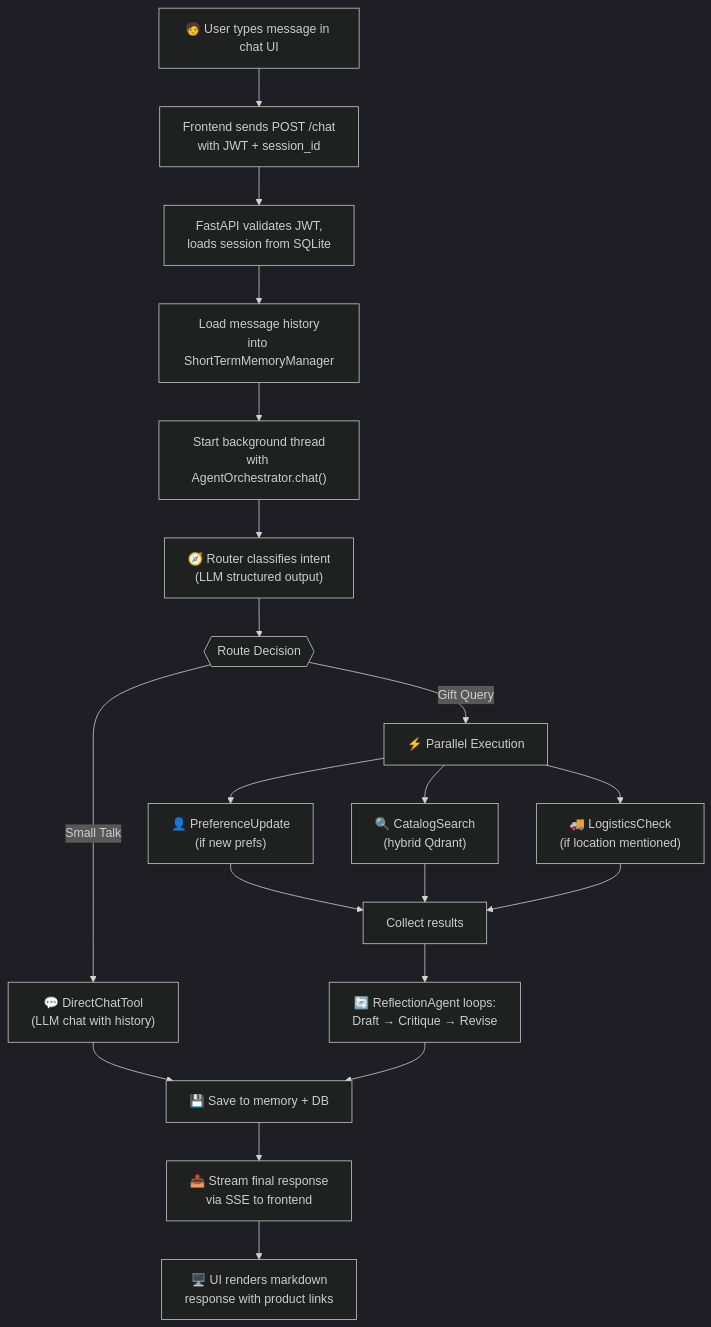
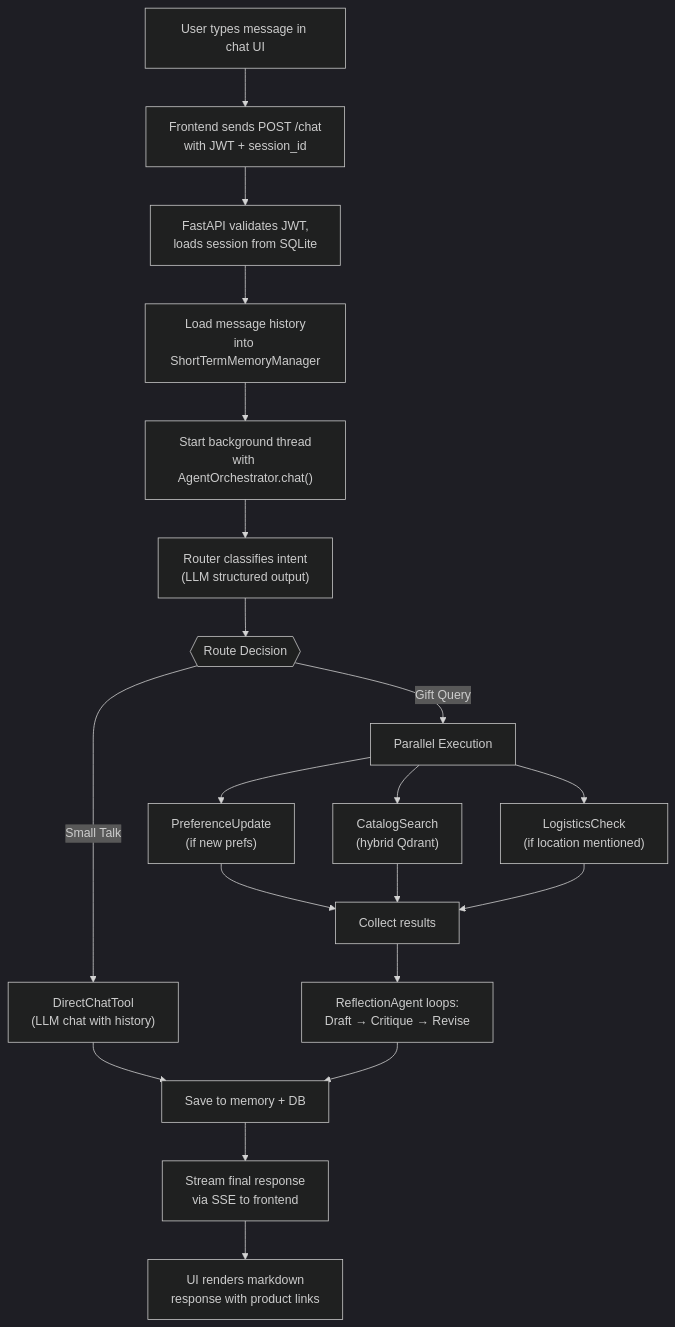
One commit to AsinduDeSilva/kapruka-gift-concierge changed the tenth of 11 diagrams in ARCHITECTURE.md. Above: the diagram before and after it, drawn with Mermaid (dark theme). The commit also changed other lines of this file and 3 other files, not shown here.

````diff
--- a/ARCHITECTURE.md
+++ b/ARCHITECTURE.md
@@ -479,28 +479,28 @@
 ```mermaid
 flowchart TD
-    A["🧑 User types message in chat UI"] --> B["Frontend sends POST /chat<br/>with JWT + session_id"]
+    A["User types message in chat UI"] --> B["Frontend sends POST /chat<br/>with JWT + session_id"]
     B --> C["FastAPI validates JWT,<br/>loads session from SQLite"]
     C --> D["Load message history<br/>into ShortTermMemoryManager"]
     D --> E["Start background thread<br/>with AgentOrchestrator.chat()"]
-    E --> F["🧭 Router classifies intent<br/>(LLM structured output)"]
+    E --> F["Router classifies intent<br/>(LLM structured output)"]
     F --> G{{"Route Decision"}}
     
-    G -->|"Small Talk"| H["💬 DirectChatTool<br/>(LLM chat with history)"]
-    G -->|"Gift Query"| I["⚡ Parallel Execution"]
+    G -->|"Small Talk"| H["DirectChatTool<br/>(LLM chat with history)"]
+    G -->|"Gift Query"| I["Parallel Execution"]
     
-    I --> I1["👤 PreferenceUpdate<br/>(if new prefs)"]
-    I --> I2["🔍 CatalogSearch<br/>(hybrid Qdrant)"]
-    I --> I3["🚚 LogisticsCheck<br/>(if location mentioned)"]
+    I --> I1["PreferenceUpdate<br/>(if new prefs)"]
+    I --> I2["CatalogSearch<br/>(hybrid Qdrant)"]
+    I --> I3["LogisticsCheck<br/>(if location mentioned)"]
     
     I1 --> J["Collect results"]
     I2 --> J
     I3 --> J
     
-    J --> K["🔄 ReflectionAgent loops:<br/>Draft → Critique → Revise"]
+    J --> K["ReflectionAgent loops:<br/>Draft → Critique → Revise"]
     
-    H --> L["💾 Save to memory + DB"]
+    H --> L["Save to memory + DB"]
     K --> L
     
-    L --> M["📤 Stream final response<br/>via SSE to frontend"]
-    M --> N["🖥️ UI renders markdown<br/>response with product links"]
+    L --> M["Stream final response<br/>via SSE to frontend"]
+    M --> N["UI renders markdown<br/>response with product links"]
 ```
````
